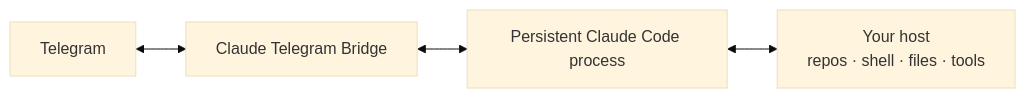
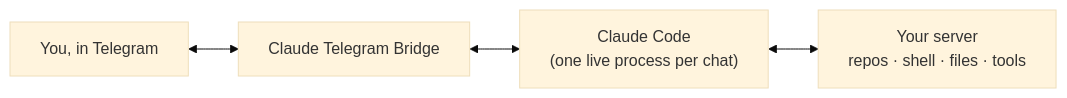
One commit to maleon17/claude-telegram-bridge changed the diagram in README.md. Above: the diagram before and after it, drawn with Mermaid (base theme). The commit also changed other lines of this file, not shown here.

````diff
--- a/README.md
+++ b/README.md
@@ -15,6 +17,6 @@
 ```mermaid
 flowchart LR
-    T["Telegram"] <--> B["Claude Telegram Bridge"]
-    B <--> C["Persistent Claude Code process"]
-    C <--> H["Your host<br/>repos · shell · files · tools"]
+    T["You, in Telegram"] <--> B["Claude Telegram Bridge"]
+    B <--> C["Claude Code<br/>(one live process per chat)"]
+    C <--> H["Your server<br/>repos · shell · files · tools"]
 ```
````
